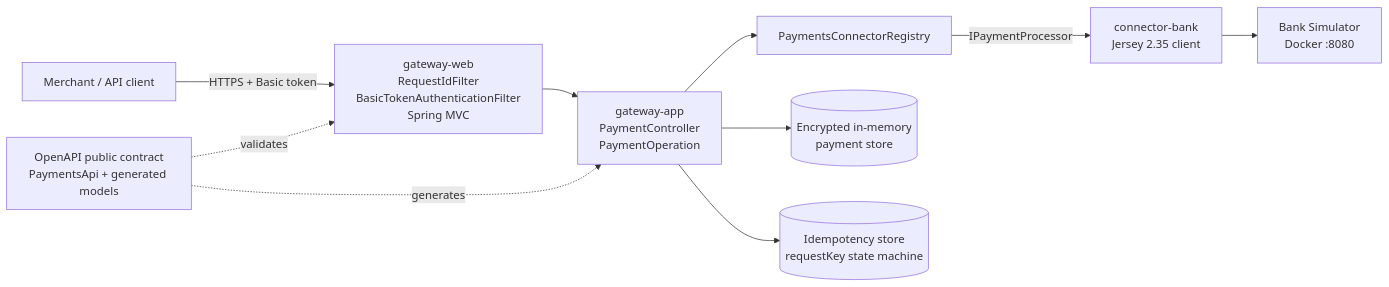
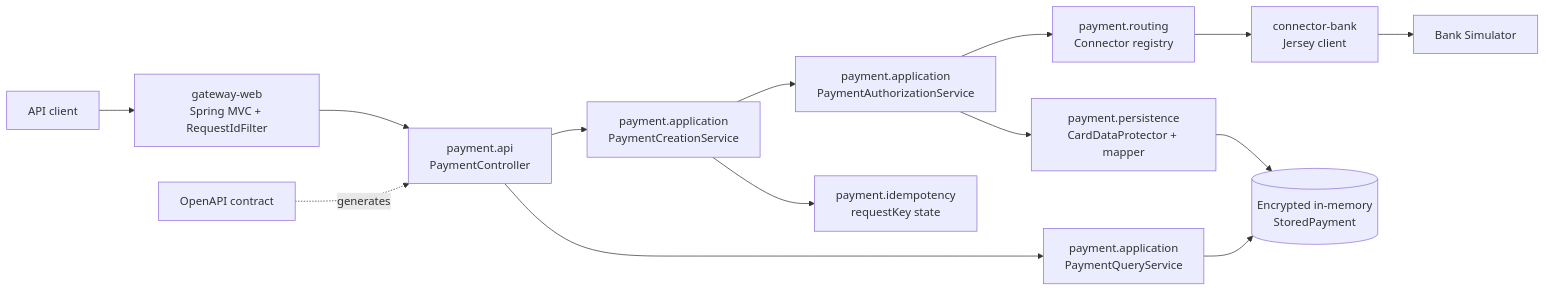
Before and after one commit to huyoyo/payment-gateway-challenge-java: the first of 6 diagrams in README.md, drawn with Mermaid. The commit also changed other lines of this file and 73 other files, not shown here.

````diff
--- a/README.md
+++ b/README.md
@@ -113,22 +160,26 @@
 ```mermaid
 flowchart LR
-    Merchant["Merchant / API client"]
-    Web["gateway-web<br/>RequestIdFilter<br/>BasicTokenAuthenticationFilter<br/>Spring MVC"]
-    App["gateway-app<br/>PaymentController<br/>PaymentOperation"]
-    Registry["PaymentsConnectorRegistry"]
-    BankConn["connector-bank<br/>Jersey 2.35 client"]
-    Simulator["Bank Simulator<br/>Docker :8080"]
-    Store[("Encrypted in-memory<br/>payment store")]
-    Idem[("Idempotency store<br/>requestKey state machine")]
-    OpenAPI["OpenAPI public contract<br/>PaymentsApi + generated models"]
+    Client["API client"]
+    Web["gateway-web<br/>Spring MVC + RequestIdFilter"]
+    API["payment.api<br/>PaymentController"]
+    Create["payment.application<br/>PaymentCreationService"]
+    Auth["payment.application<br/>PaymentAuthorizationService"]
+    Query["payment.application<br/>PaymentQueryService"]
+    Idem["payment.idempotency<br/>requestKey state"]
+    Route["payment.routing<br/>Connector registry"]
+    Bank["connector-bank<br/>Jersey client"]
+    Sim["Bank Simulator"]
+    Protect["payment.persistence<br/>CardDataProtector + mapper"]
+    Store[("Encrypted in-memory<br/>StoredPayment")]
+    Contract["OpenAPI contract"]
 
-    Merchant -->|HTTPS + Basic token| Web
-    Web --> App
-    App --> Registry
-    Registry -->|IPaymentProcessor| BankConn
-    BankConn --> Simulator
-    App --> Store
-    App --> Idem
-    OpenAPI -.->|generates| App
-    OpenAPI -.->|validates| Web
+    Client --> Web --> API
+    API --> Create
+    API --> Query
+    Create --> Idem
+    Create --> Auth
+    Auth --> Route --> Bank --> Sim
+    Auth --> Protect --> Store
+    Query --> Store
+    Contract -.->|generates| API
 ```
````
